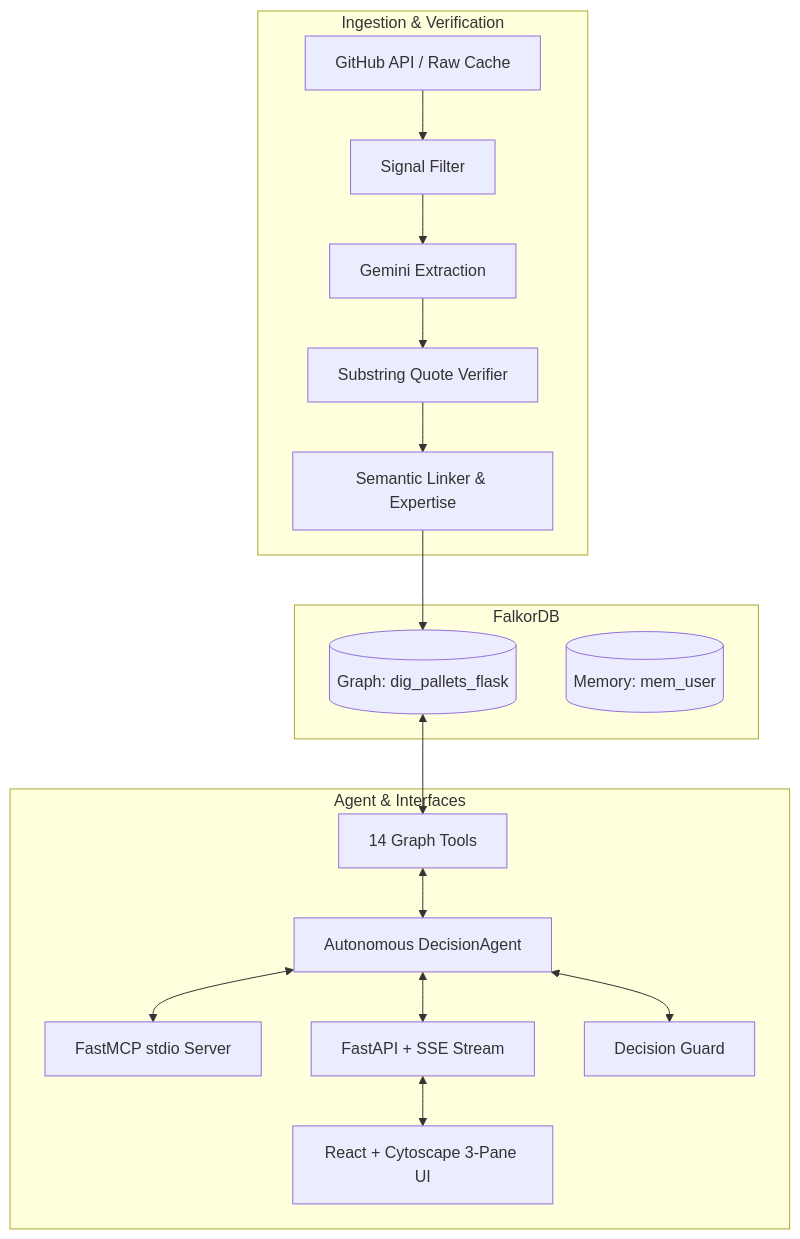
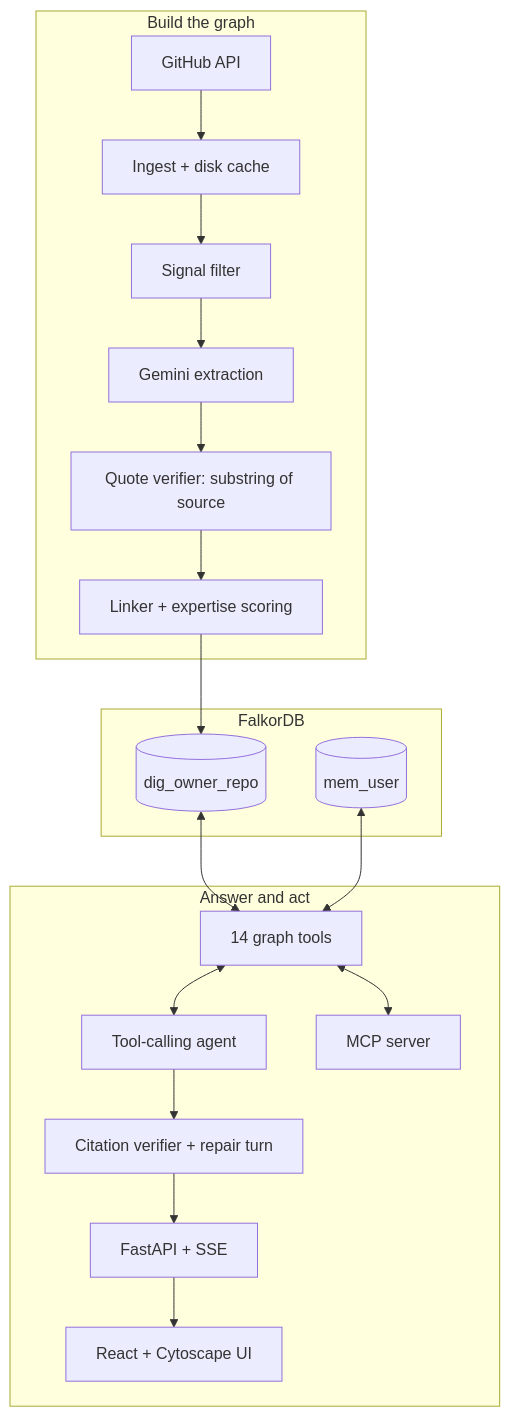
Before and after one commit to ADITYASINGH1206/Graph-Hacks: the diagram in README.md, drawn with Mermaid. The commit also changed other lines of this file and 17 other files, not shown here.

````diff
--- a/README.md
+++ b/README.md
@@ -20,24 +88,33 @@
 ```mermaid
 flowchart TD
-    subgraph Ingestion & Verification
-        GH[GitHub API / Raw Cache] --> SIG[Signal Filter]
-        SIG --> EXT[Gemini Extraction]
-        EXT --> VER[Substring Quote Verifier]
-        VER --> LNK[Semantic Linker & Expertise]
+    subgraph Build[Build the graph]
+        GH[GitHub API] --> ING[Ingest + disk cache]
+        ING --> SIG[Signal filter]
+        SIG --> EXT[Gemini extraction]
+        EXT --> VER[Quote verifier: substring of source]
+        VER --> LNK[Linker + expertise scoring]
     end
 
-    subgraph Knowledge Storage [FalkorDB]
-        FDB[(Graph: dig_pallets_flask)]
-        MEM[(Memory: mem_user)]
-        LNK --> FDB
+    subgraph Store[FalkorDB]
+        G[(dig_owner_repo)]
+        M[(mem_user)]
     end
 
-    subgraph Agent & Interfaces
-        FDB <--> TOOLS[14 Graph Tools]
-        TOOLS <--> AGENT[Autonomous DecisionAgent]
-        AGENT <--> MCP[FastMCP stdio Server]
-        AGENT <--> API[FastAPI + SSE Stream]
-        API <--> UI[React + Cytoscape 3-Pane UI]
-        AGENT <--> GUARD[Decision Guard]
+    subgraph Serve[Answer and act]
+        TOOLS[14 graph tools]
+        AGENT[Tool-calling agent]
+        CV[Citation verifier + repair turn]
+        API[FastAPI + SSE]
+        MCP[MCP server]
+        UI[React + Cytoscape UI]
     end
+
+    LNK --> G
+    G <--> TOOLS
+    M <--> TOOLS
+    TOOLS <--> AGENT
+    AGENT --> CV
+    CV --> API
+    TOOLS <--> MCP
+    API --> UI
 ```
````
